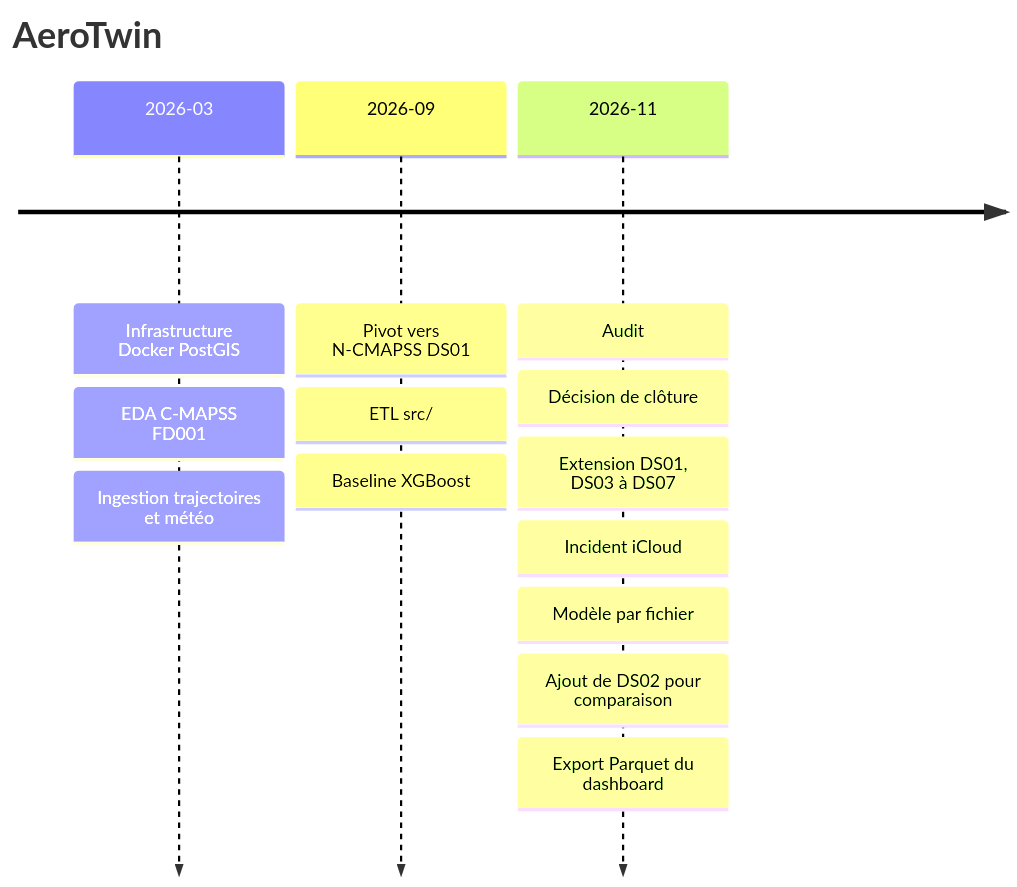
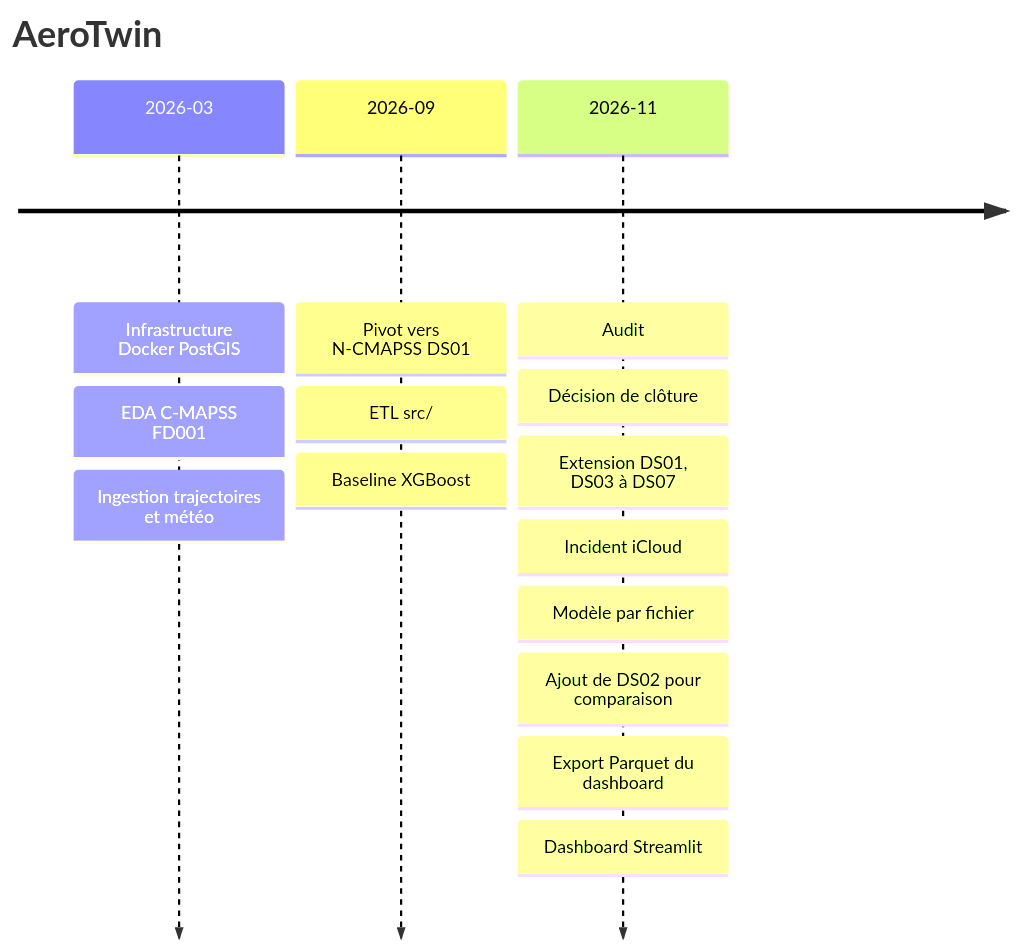
One commit to Willthethreat8/aerotwin changed the diagram in docs/CHRONOLOGIE.md. Above: the diagram before and after it, drawn with Mermaid. The commit also changed other lines of this file and 12 other files, not shown here.

Commit message:
Ajoute le dashboard Streamlit

````diff
--- a/docs/CHRONOLOGIE.md
+++ b/docs/CHRONOLOGIE.md
@@ -3,7 +3,7 @@
 ```mermaid
 timeline
     title AeroTwin
     2026-03 : Infrastructure Docker PostGIS : EDA C-MAPSS FD001 : Ingestion trajectoires et météo
     2026-09 : Pivot vers N-CMAPSS DS01 : ETL src/ : Baseline XGBoost
-    2026-11 : Audit : Décision de clôture : Extension DS01, DS03 à DS07 : Incident iCloud : Modèle par fichier : Ajout de DS02 pour comparaison : Export Parquet du dashboard
+    2026-11 : Audit : Décision de clôture : Extension DS01, DS03 à DS07 : Incident iCloud : Modèle par fichier : Ajout de DS02 pour comparaison : Export Parquet du dashboard : Dashboard Streamlit
 ```
````
